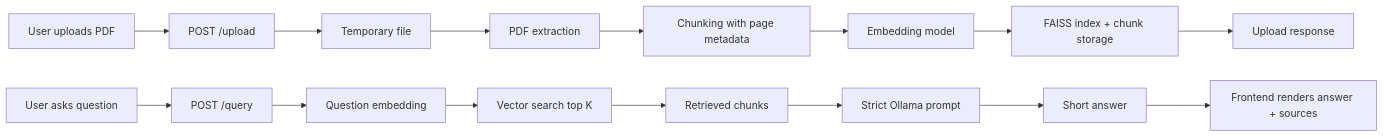
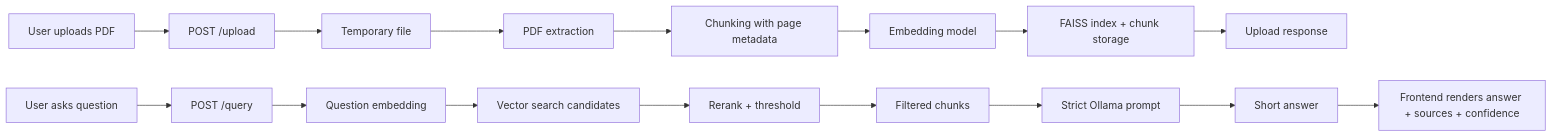
The third of 3 diagrams in model_overview.md (romin711/simhas), drawn with Mermaid before and after one commit. The commit also changed other lines of this file and 22 other files, not shown here.

````diff
--- a/model_overview.md
+++ b/model_overview.md
@@ -393,18 +396,19 @@
 ```mermaid
 flowchart LR
   U[User uploads PDF] --> R1[POST /upload]
   R1 --> T[Temporary file]
   T --> X[PDF extraction]
   X --> K[Chunking with page metadata]
   K --> M[Embedding model]
   M --> S[FAISS index + chunk storage]
   S --> U1[Upload response]
 
   Q[User asks question] --> R2[POST /query]
   R2 --> E[Question embedding]
-  E --> F[Vector search top K]
-  F --> G[Retrieved chunks]
+  E --> F[Vector search candidates]
+  F --> H[Rerank + threshold]
+  H --> G[Filtered chunks]
   G --> P[Strict Ollama prompt]
   P --> A[Short answer]
-  A --> V[Frontend renders answer + sources]
+  A --> V[Frontend renders answer + sources + confidence]
 ```
````
